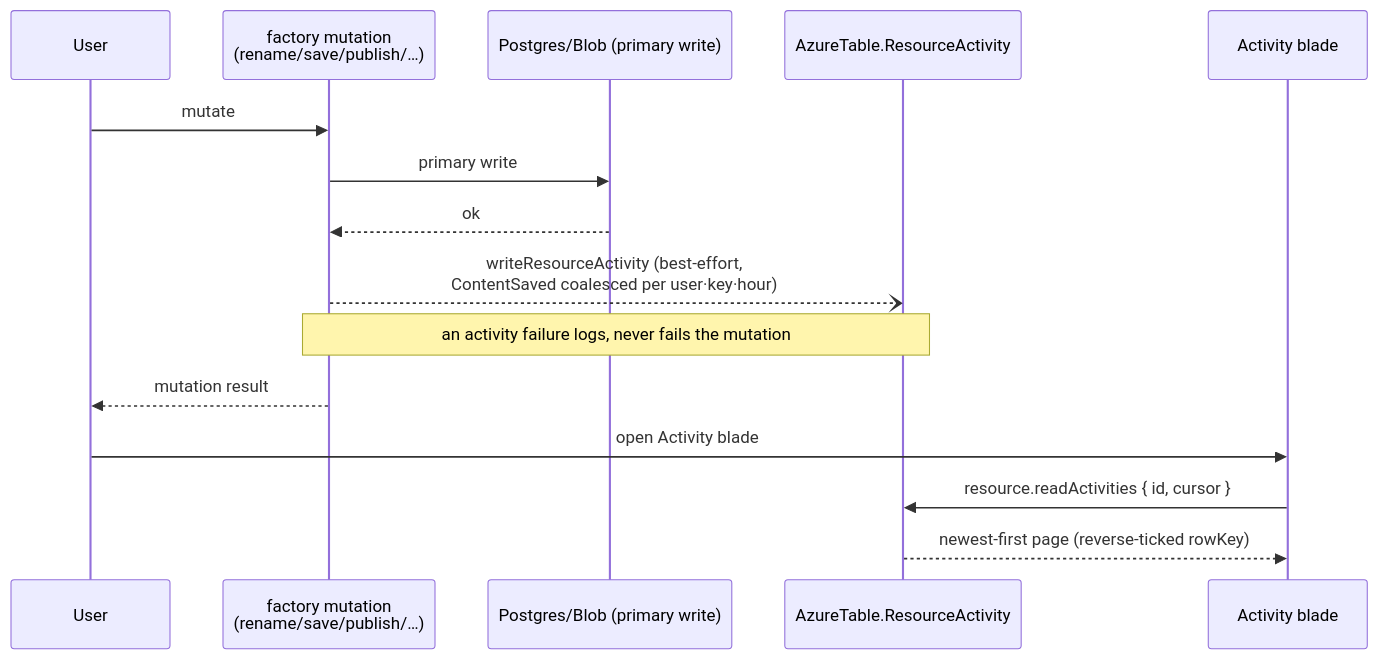
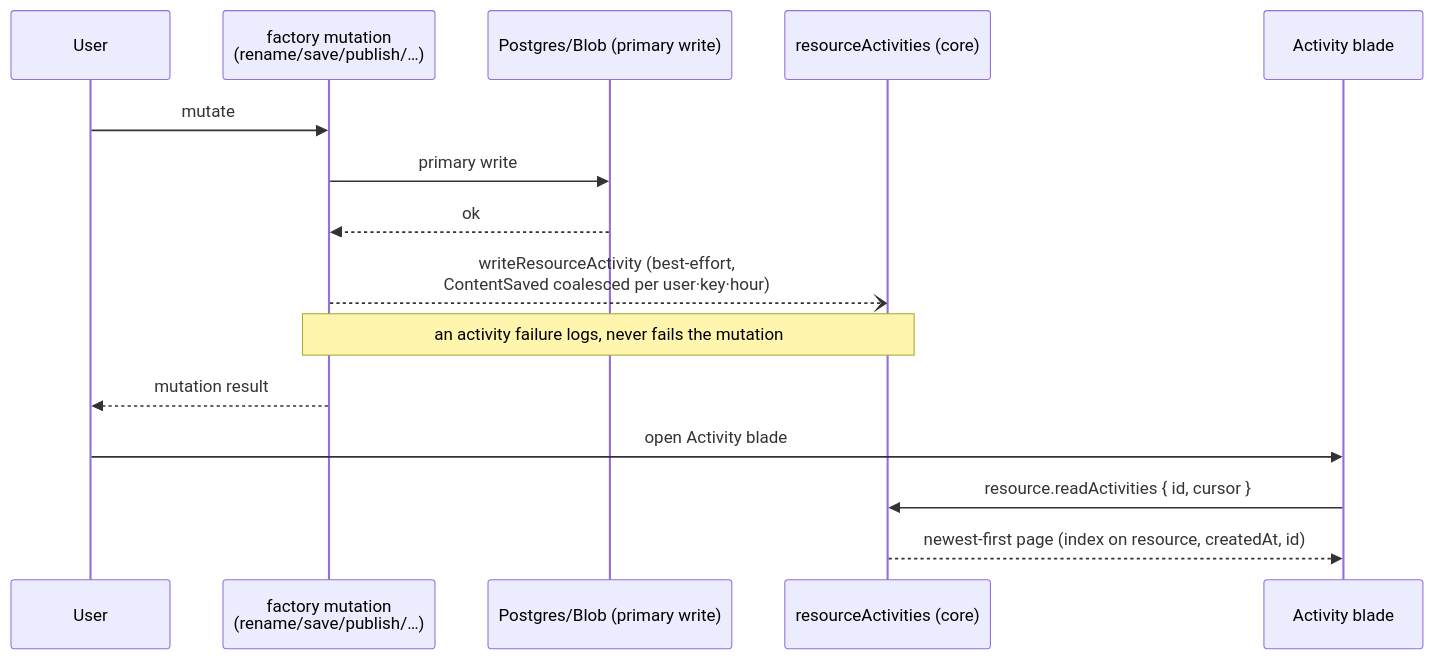
Before and after one commit to Esposter/Esposter: the diagram in openspec/specs/resource/activity-log/design.md, drawn with Mermaid. The commit also changed other lines of this file and 22 other files, not shown here.

````diff
--- a/openspec/specs/resource/activity-log/design.md
+++ b/openspec/specs/resource/activity-log/design.md
@@ -15,18 +15,18 @@
 ```mermaid
 sequenceDiagram
   participant U as User
   participant P as factory mutation<br/>(rename/save/publish/…)
   participant PG as Postgres/Blob (primary write)
-  participant AT as AzureTable.ResourceActivity
+  participant RA as resourceActivities (core)
   participant B as Activity blade
 
   U->>P: mutate
   P->>PG: primary write
   PG-->>P: ok
-  P--)AT: writeResourceActivity (best-effort,<br/>ContentSaved coalesced per user·key·hour)
-  Note over P,AT: an activity failure logs, never fails the mutation
+  P--)RA: writeResourceActivity (best-effort,<br/>ContentSaved coalesced per user·key·hour)
+  Note over P,RA: an activity failure logs, never fails the mutation
   P-->>U: mutation result
   U->>B: open Activity blade
-  B->>AT: resource.readActivities { id, cursor }
-  AT-->>B: newest-first page (reverse-ticked rowKey)
+  B->>RA: resource.readActivities { id, cursor }
+  RA-->>B: newest-first page (index on resource, createdAt, id)
 ```
````
